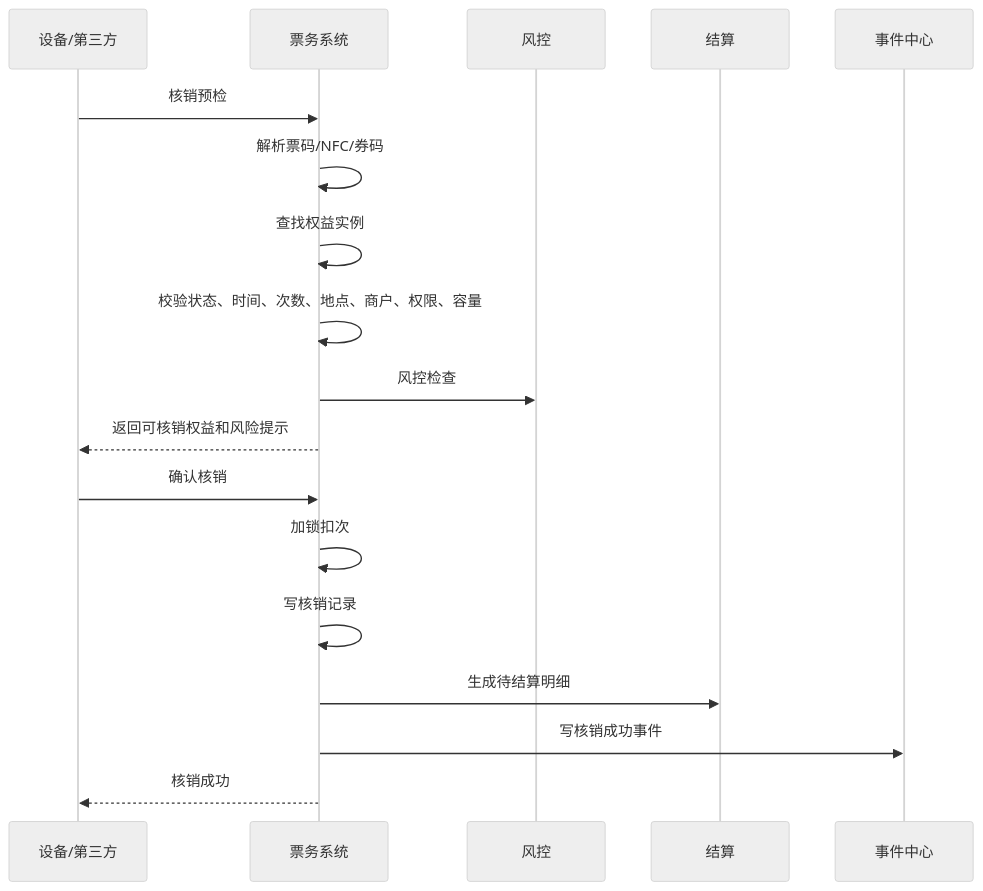
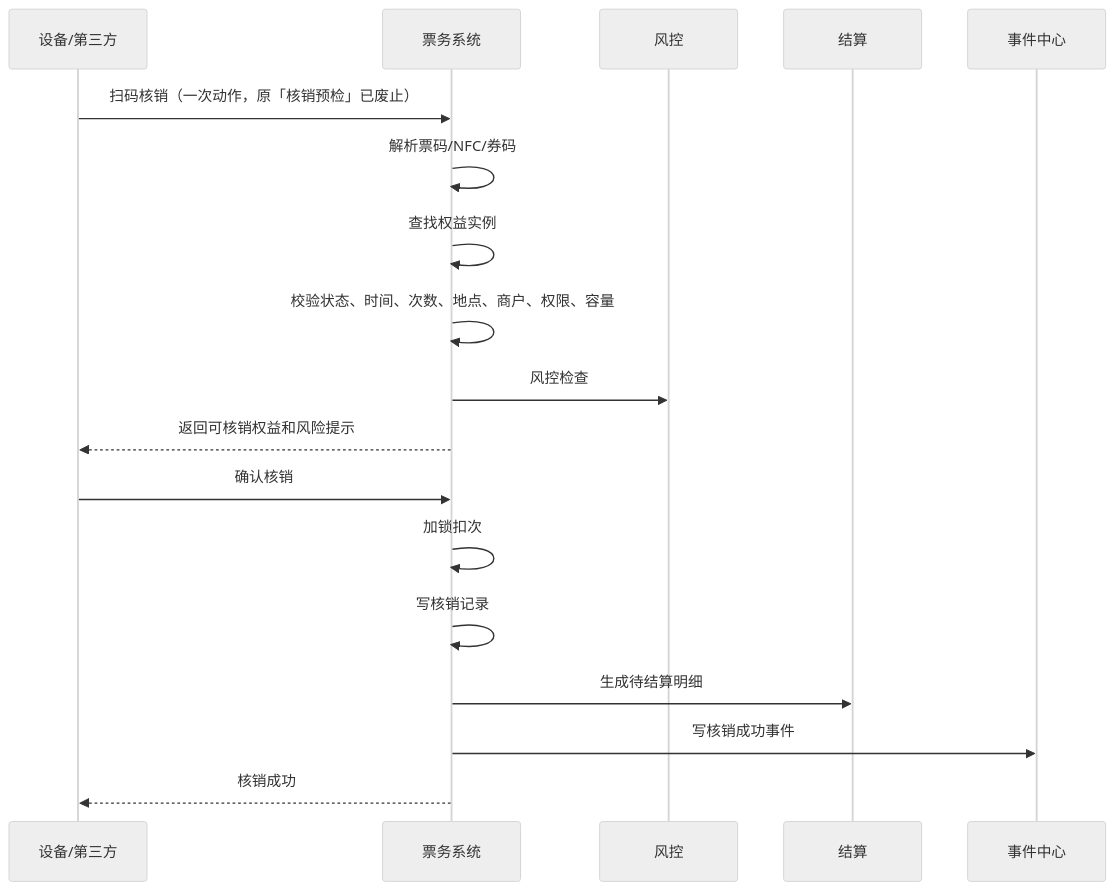
Before and after one commit to jxh1979/mall: the fourth of 4 diagrams in docs/ticketing-pass-entitlement-development-design.md, drawn with Mermaid (neutral theme). The commit also changed other lines of this file and 88 other files, not shown here.

````diff
--- a/docs/ticketing-pass-entitlement-development-design.md
+++ b/docs/ticketing-pass-entitlement-development-design.md
@@ -342,20 +346,20 @@
 ```mermaid
 sequenceDiagram
     participant D as 设备/第三方
     participant T as 票务系统
     participant R as 风控
     participant S as 结算
     participant E as 事件中心
-    D->>T: 核销预检
+    D->>T: 扫码核销（一次动作，原「核销预检」已废止）
     T->>T: 解析票码/NFC/券码
     T->>T: 查找权益实例
     T->>T: 校验状态、时间、次数、地点、商户、权限、容量
     T->>R: 风控检查
     T-->>D: 返回可核销权益和风险提示
     D->>T: 确认核销
     T->>T: 加锁扣次
     T->>T: 写核销记录
     T->>S: 生成待结算明细
     T->>E: 写核销成功事件
     T-->>D: 核销成功
 ```
````
